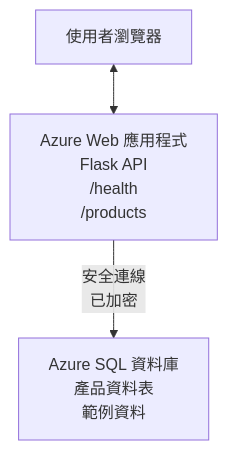
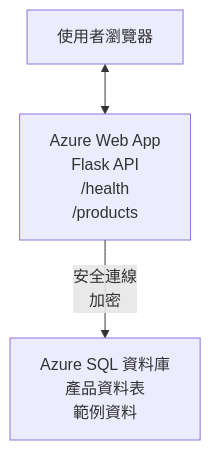
One commit to microsoft/AZD-for-beginners changed the diagram in translations/zh-TW/examples/database-app/README.md. Above: the diagram before and after it, drawn with Mermaid. The commit also changed other lines of this file and 101 other files, not shown here.

````diff
--- a/translations/zh-TW/examples/database-app/README.md
+++ b/translations/zh-TW/examples/database-app/README.md
@@ -72,5 +72,5 @@
 ```mermaid
 graph TD
-    Browser[使用者瀏覽器] <--> WebApp[Azure Web 應用程式<br/>Flask API<br/>/health<br/>/products]
-    WebApp -- 安全連線<br/>已加密 --> SQL[Azure SQL 資料庫<br/>產品資料表<br/>範例資料]
+    Browser[使用者瀏覽器] <--> WebApp[Azure Web App<br/>Flask API<br/>/health<br/>/products]
+    WebApp -- 安全連線<br/>加密 --> SQL[Azure SQL 資料庫<br/>產品資料表<br/>範例資料]
 ```
````
